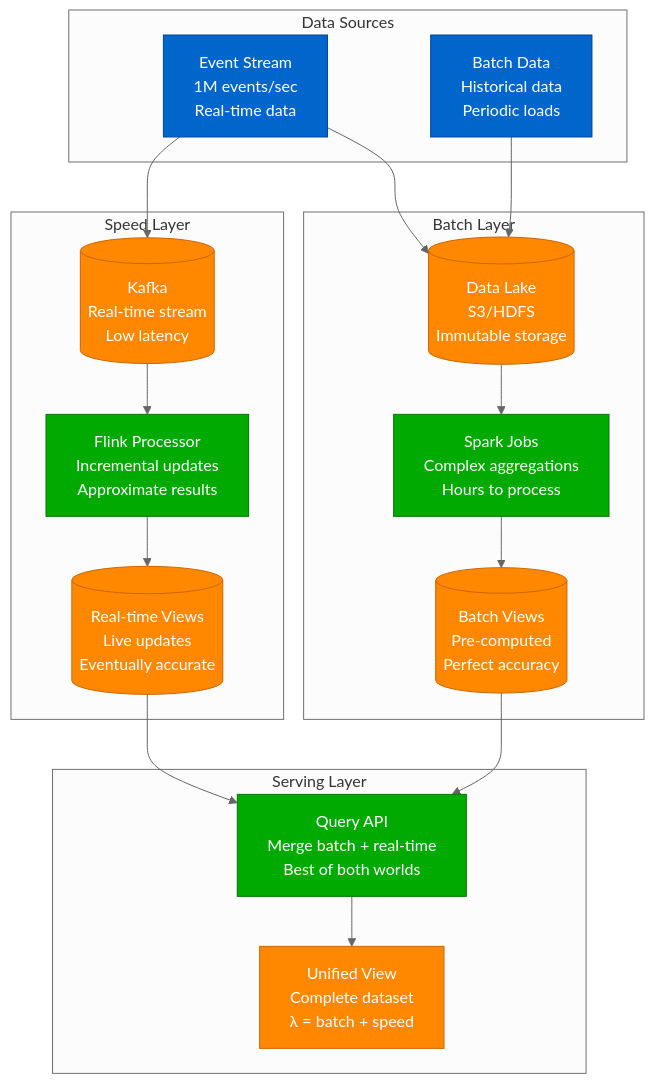
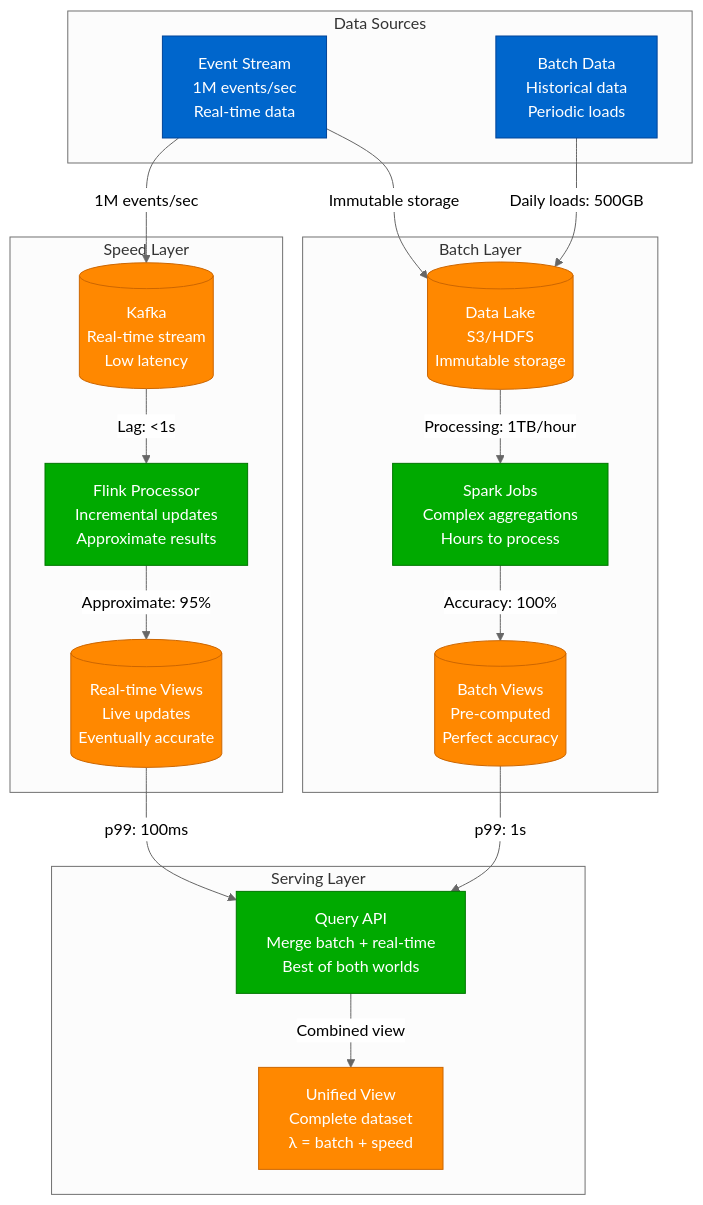
Before and after one commit to deepaucksharma/DS: the eighth of 11 diagrams in site/docs/patterns/system-patterns.md, drawn with Mermaid (neutral theme). The commit also changed other lines of this file and 108 other files, not shown here.

````diff
--- a/site/docs/patterns/system-patterns.md
+++ b/site/docs/patterns/system-patterns.md
@@ -637,51 +637,51 @@
 ```mermaid
 graph TB
     subgraph DataSources[Data Sources]
         EVENTS[Event Stream<br/>1M events/sec<br/>Real-time data]
         BATCH_DATA[Batch Data<br/>Historical data<br/>Periodic loads]
     end
 
     subgraph BatchLayer[Batch Layer]
         DATA_LAKE[(Data Lake<br/>S3/HDFS<br/>Immutable storage)]
         SPARK[Spark Jobs<br/>Complex aggregations<br/>Hours to process]
         BATCH_VIEWS[(Batch Views<br/>Pre-computed<br/>Perfect accuracy)]
     end
 
     subgraph SpeedLayer[Speed Layer]
         KAFKA[(Kafka<br/>Real-time stream<br/>Low latency)]
         FLINK[Flink Processor<br/>Incremental updates<br/>Approximate results]
         REALTIME_VIEWS[(Real-time Views<br/>Live updates<br/>Eventually accurate)]
     end
 
     subgraph ServingLayer[Serving Layer]
         QUERY_API[Query API<br/>Merge batch + real-time<br/>Best of both worlds]
         UNIFIED_VIEW[Unified View<br/>Complete dataset<br/>λ = batch + speed]
     end
 
     %% Data flow
-    EVENTS --> KAFKA
-    EVENTS --> DATA_LAKE
-    BATCH_DATA --> DATA_LAKE
+    EVENTS -->|1M events/sec| KAFKA
+    EVENTS -->|Immutable storage| DATA_LAKE
+    BATCH_DATA -->|Daily loads: 500GB| DATA_LAKE
 
     %% Batch processing
-    DATA_LAKE --> SPARK
-    SPARK --> BATCH_VIEWS
+    DATA_LAKE -->|Processing: 1TB/hour| SPARK
+    SPARK -->|Accuracy: 100%| BATCH_VIEWS
 
     %% Speed processing
-    KAFKA --> FLINK
-    FLINK --> REALTIME_VIEWS
+    KAFKA -->|Lag: <1s| FLINK
+    FLINK -->|Approximate: 95%| REALTIME_VIEWS
 
     %% Query layer
-    BATCH_VIEWS --> QUERY_API
-    REALTIME_VIEWS --> QUERY_API
-    QUERY_API --> UNIFIED_VIEW
+    BATCH_VIEWS -->|p99: 1s| QUERY_API
+    REALTIME_VIEWS -->|p99: 100ms| QUERY_API
+    QUERY_API -->|Combined view| UNIFIED_VIEW
 
     classDef edgeStyle fill:#0066CC,stroke:#004499,color:#fff
     classDef serviceStyle fill:#00AA00,stroke:#007700,color:#fff
     classDef stateStyle fill:#FF8800,stroke:#CC6600,color:#fff
     classDef controlStyle fill:#CC0000,stroke:#990000,color:#fff
 
     class EVENTS,BATCH_DATA edgeStyle
     class SPARK,FLINK,QUERY_API serviceStyle
     class DATA_LAKE,KAFKA,BATCH_VIEWS,REALTIME_VIEWS,UNIFIED_VIEW stateStyle
 ```
````
